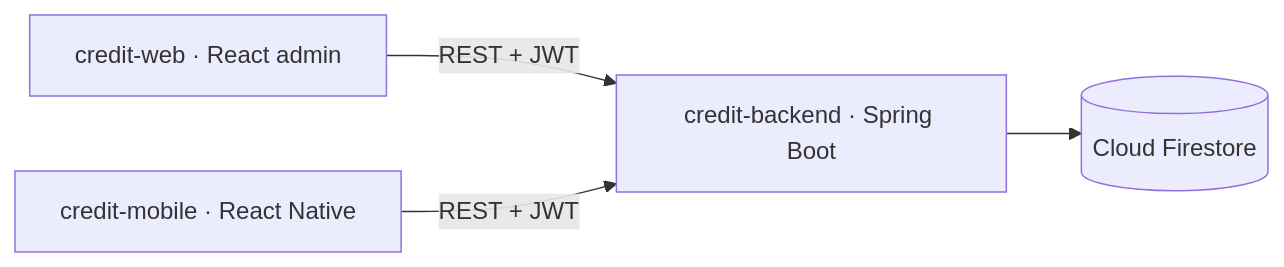
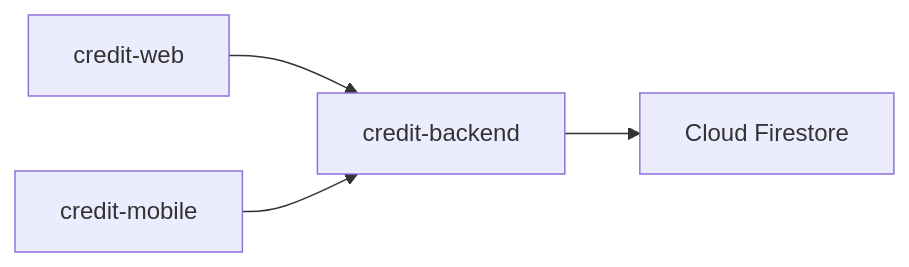
Before and after one commit to CarlosPolo019/credit-web: the first of 3 diagrams in README.md, drawn with Mermaid. The commit also changed other lines of this file, not shown here.

Commit message:
docs: simplify mermaid diagrams

````diff
--- a/README.md
+++ b/README.md
@@ -63,6 +63,6 @@
 ```mermaid
 flowchart LR
-  web["credit-web · React admin"] -->|REST + JWT| api["credit-backend · Spring Boot"]
-  mobile["credit-mobile · React Native"] -->|REST + JWT| api
-  api --> firestore[("Cloud Firestore")]
+  WEB[credit-web] --> API[credit-backend]
+  MOBILE[credit-mobile] --> API
+  API --> DB[Cloud Firestore]
 ```
````
